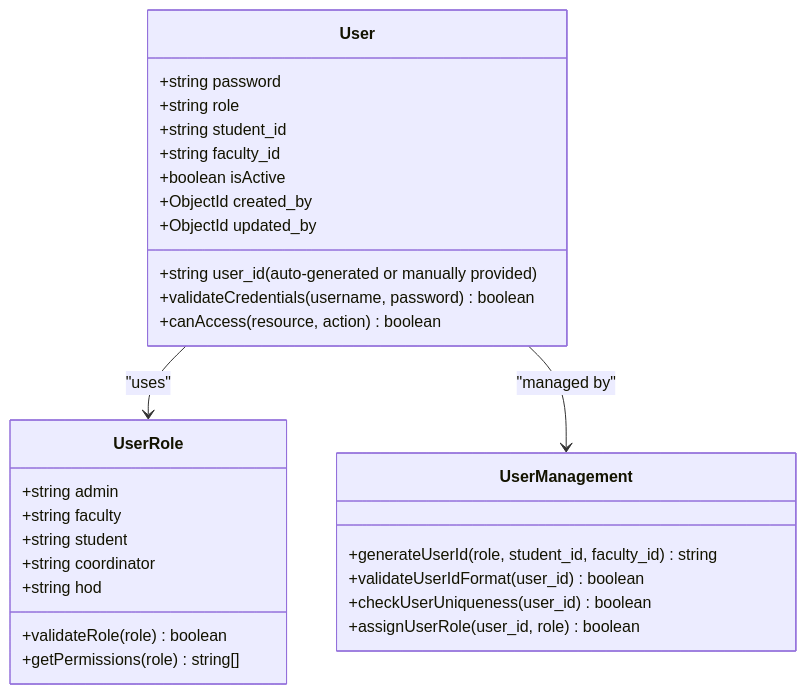
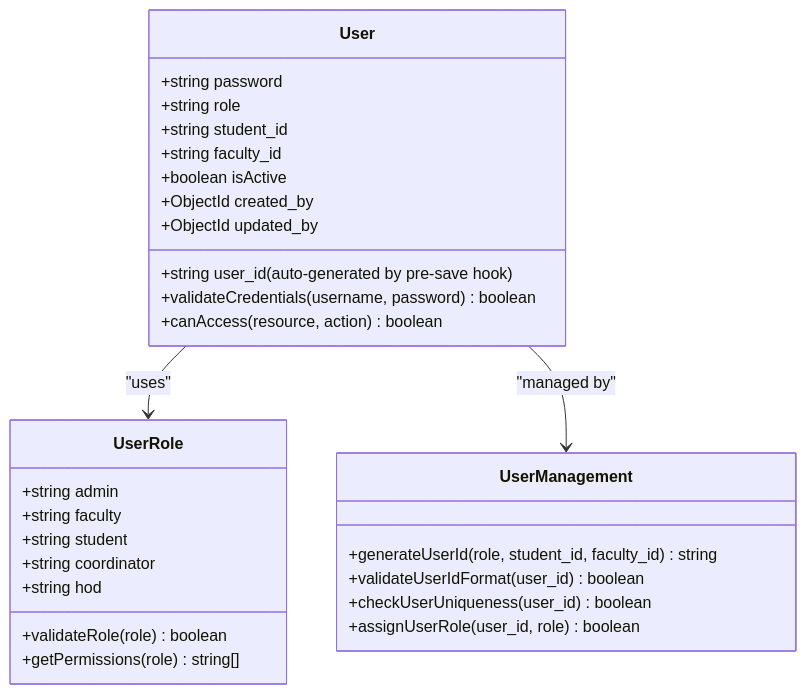
One commit to Aryan9060/Timetable-Project changed the fifth of 9 diagrams in .qoder/repowiki/en/content/Data Models & Database Schema/Core User Model.md. Above: the diagram before and after it, drawn with Mermaid. The commit also changed other lines of this file and 23 other files, not shown here.

````diff
--- a/.qoder/repowiki/en/content/Data Models & Database Schema/Core User Model.md
+++ b/.qoder/repowiki/en/content/Data Models & Database Schema/Core User Model.md
@@ -266,32 +268,32 @@
 ```mermaid
 classDiagram
 class UserRole {
 +string admin
 +string faculty
 +string student
 +string coordinator
 +string hod
 +validateRole(role) boolean
 +getPermissions(role) string[]
 }
 class User {
-+string user_id (auto-generated or manually provided)
++string user_id (auto-generated by pre-save hook)
 +string password
 +string role
 +string student_id
 +string faculty_id
 +boolean isActive
 +ObjectId created_by
 +ObjectId updated_by
 +validateCredentials(username, password) boolean
 +canAccess(resource, action) boolean
 }
 class UserManagement {
 +generateUserId(role, student_id, faculty_id) string
 +validateUserIdFormat(user_id) boolean
 +checkUserUniqueness(user_id) boolean
 +assignUserRole(user_id, role) boolean
 }
 User --> UserRole : "uses"
 User --> UserManagement : "managed by"
 ```
````
